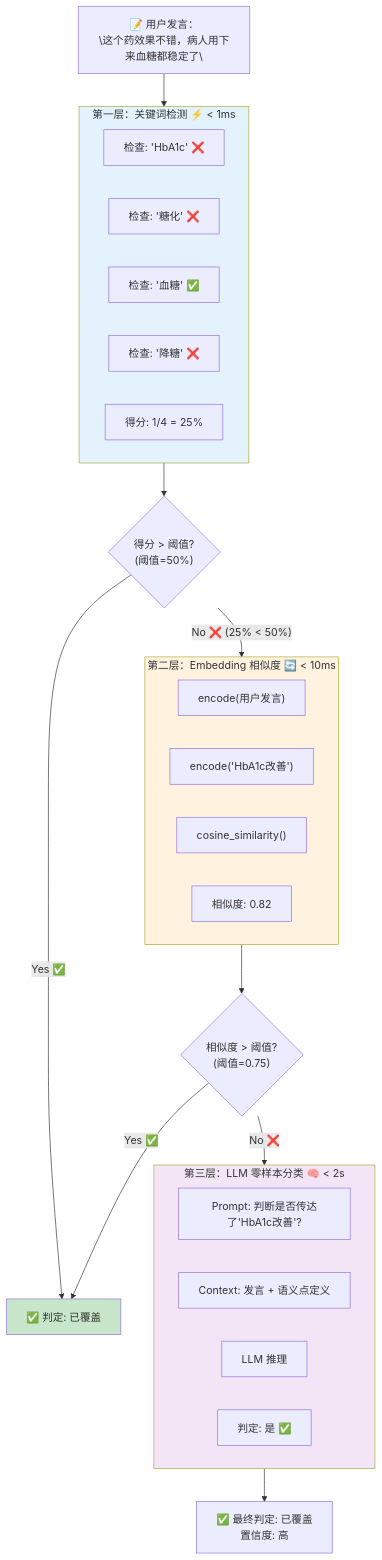
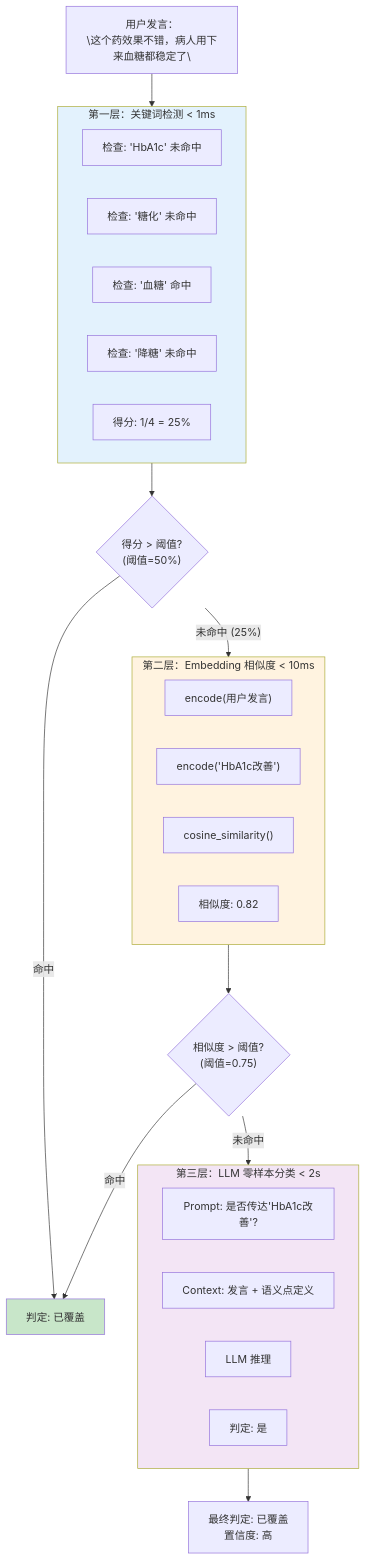
One commit to xt765/UMU-Sales-Trainer changed the tenth of 15 diagrams in README.md. Above: the diagram before and after it, drawn with Mermaid. The commit also changed other lines of this file and 3 other files, not shown here.

Commit message:
docs: 修复技术栈全景图布局 - 子图垂直堆叠 + 去除emoji

````diff
--- a/README.md
+++ b/README.md
@@ -674,44 +612,44 @@
 ```mermaid
 flowchart TD
-    Input["📝 用户发言：<br/>\"这个药效果不错，病人用下来血糖都稳定了\""] --> L1
+    Input["用户发言：<br/>\"这个药效果不错，病人用下来血糖都稳定了\""] --> L1
     
-    subgraph L1["第一层：关键词检测 ⚡ < 1ms"]
+    subgraph L1["第一层：关键词检测 < 1ms"]
         direction LR
-        L1A["检查: 'HbA1c' ❌"] 
-        L1B["检查: '糖化' ❌"]
-        L1C["检查: '血糖' ✅"]
-        L1D["检查: '降糖' ❌"]
+        L1A["检查: 'HbA1c' 未命中"] 
+        L1B["检查: '糖化' 未命中"]
+        L1C["检查: '血糖' 命中"]
+        L1D["检查: '降糖' 未命中"]
         L1Result["得分: 1/4 = 25%"]
     end
     
     L1 --> L1Check{"得分 > 阈值?<br/>(阈值=50%)"}
-    L1Check -->|"Yes ✅"| Covered["✅ 判定: 已覆盖"]
-    L1Check -->|"No ❌ (25% < 50%)"| L2
+    L1Check -->|"命中"| Covered["判定: 已覆盖"]
+    L1Check -->|"未命中 (25%) "| L2
     
-    subgraph L2["第二层：Embedding 相似度 🔄 < 10ms"]
+    subgraph L2["第二层：Embedding 相似度 < 10ms"]
         direction LR
         L2A["encode(用户发言)"]
         L2B["encode('HbA1c改善')"]
         L2C["cosine_similarity()"]
         L2Result["相似度: 0.82"]
     end
     
     L2 --> L2Check{"相似度 > 阈值?<br/>(阈值=0.75)"}
-    L2Check -->|"Yes ✅"| Covered
-    L2Check -->|"No ❌"| L3
+    L2Check -->|"命中"| Covered
+    L2Check -->|"未命中"| L3
     
-    subgraph L3["第三层：LLM 零样本分类 🧠 < 2s"]
+    subgraph L3["第三层：LLM 零样本分类 < 2s"]
         direction LR
-        L3A["Prompt: 判断是否传达了'HbA1c改善'?"]
+        L3A["Prompt: 是否传达'HbA1c改善'?"]
         L3B["Context: 发言 + 语义点定义"]
         L3C["LLM 推理"]
-        L3Result["判定: 是 ✅"]
+        L3Result["判定: 是"]
     end
     
-    L3 --> Final["✅ 最终判定: 已覆盖<br/>置信度: 高"]
+    L3 --> Final["最终判定: 已覆盖<br/>置信度: 高"]
     
     style L1 fill:#E3F2FD
     style L2 fill:#FFF3E0
     style L3 fill:#F3E5F5
     style Covered fill:#C8E6C9
 ```
````
